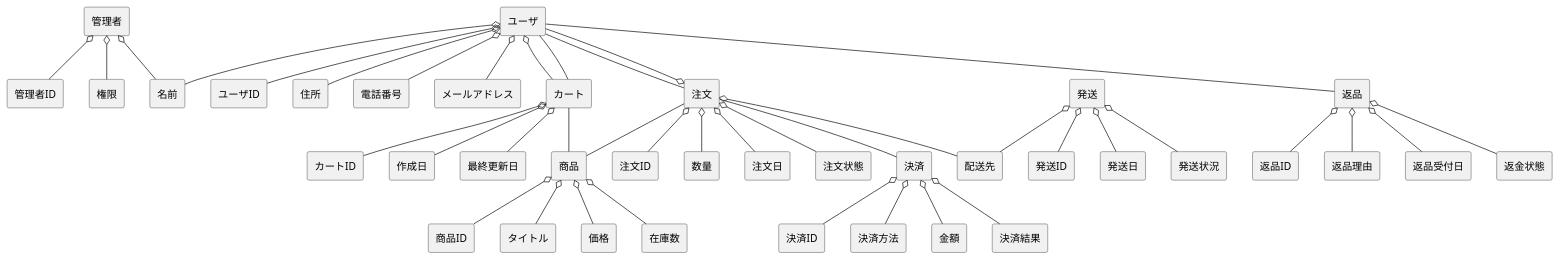
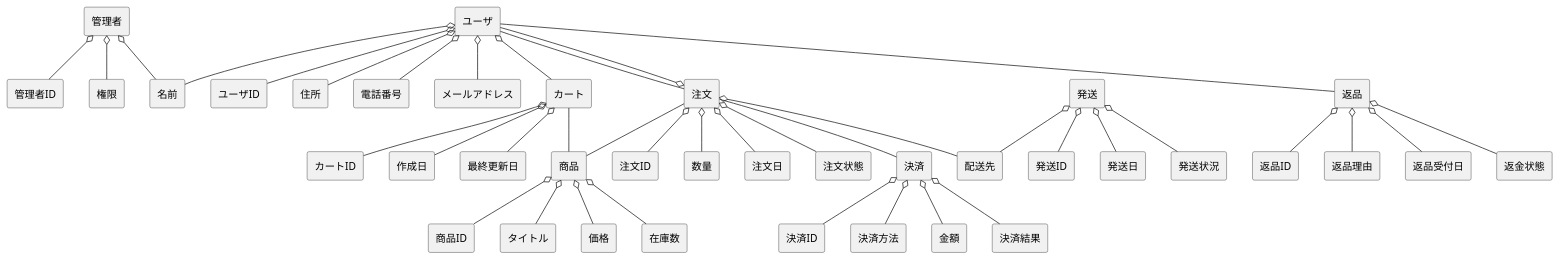
One commit to ghbuser12/ohara_uml changed the diagram in BBshop/domain.pu. Above: the diagram before and after it, drawn with PlantUML.

```diff
--- a/BBshop/domain.pu
+++ b/BBshop/domain.pu
@@ -1,63 +1,62 @@
 @startuml BBショップドメインモデル図
 skinparam componentStyle rectangle
 
 ' ユーザ
 ' ユーザID、名前、住所、電話番号、メールアドレス
 [ユーザ] o-- [ユーザID]
 [ユーザ] o-- [名前]
 [ユーザ] o-- [住所]
 [ユーザ] o-- [電話番号]
 [ユーザ] o-- [メールアドレス]
 [ユーザ] -- [注文]
 [ユーザ] -- [返品]
 
 ' 商品
 ' 商品ID、タイトル、価格、在庫数
 [商品] o-- [商品ID]
 [商品] o-- [タイトル]
 [商品] o-- [価格]
 [商品] o-- [在庫数]
 ' 注文
 ' 注文ID、数量、注文日、配送先、注文状態
 [注文] o-- [注文ID]
 [注文] o-- [ユーザ]
 [注文] -- [商品]
 [注文] o-- [数量]
 [注文] o-- [注文日]
 [注文] o-- [配送先]
 [注文] o-- [注文状態]
 [注文] -- [決済]
 ' 決済
 ' 決済ID、決済方法、金額、決済結果
 [決済] o-- [決済ID]
 [決済] o-- [決済方法]
 [決済] o-- [金額]
 [決済] o-- [決済結果]
 ' 発送
 ' 発送ID、配送先、発送日、発送状況
 [発送] o-- [発送ID]
 [発送] o-- [配送先]
 [発送] o-- [発送日]
 [発送] o-- [発送状況]
 ' 返品
 ' 返品ID、返品理由、返品受付日、返金状態
 [返品] o-- [返品ID]
 [返品] o-- [返品理由]
 [返品] o-- [返品受付日]
 [返品] o-- [返金状態]
 ' 管理者
 ' 管理者ID、名前、権限
 [管理者] o-- [管理者ID]
 [管理者] o-- [名前]
 [管理者] o-- [権限]
 ' ===== カート機能の追加 =====
 [カート] o-- [カートID]
 [カート] o-- [作成日]
 [カート] o-- [最終更新日]
-[カート] -- [ユーザ]
 
 
 ' 関連（わかりやすさのため明示）
 [ユーザ] o-- [カート]
 [カート] -- [商品]
 @enduml
```
